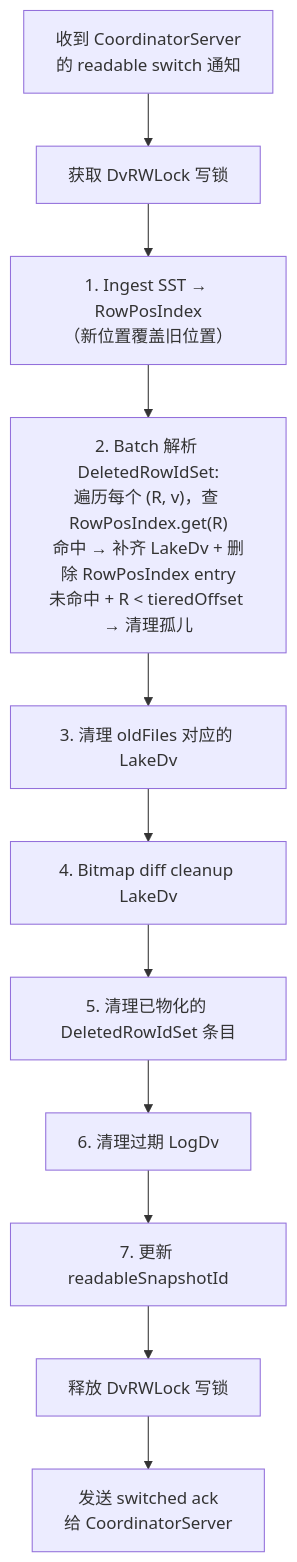
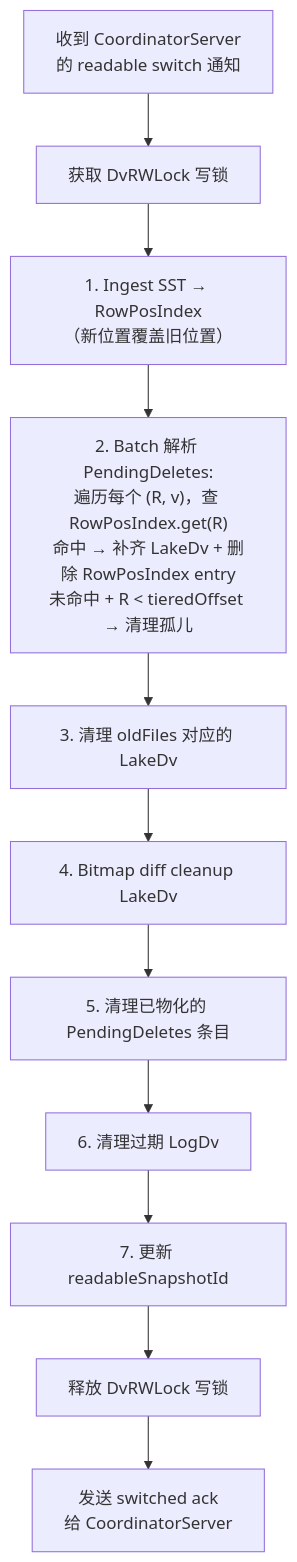
Before and after one commit to luoyuxia/fluss: diagram 17 of 28 in design-doc/fluss-deletion-vector-overview-v2.md, drawn with Mermaid. The commit also changed other lines of this file and 1 other file, not shown here.

````diff
--- a/design-doc/fluss-deletion-vector-overview-v2.md
+++ b/design-doc/fluss-deletion-vector-overview-v2.md
@@ -444,17 +442,17 @@
 ```mermaid
 flowchart TD
     Notify["收到 CoordinatorServer<br/>的 readable switch 通知"] --> Lock["获取 DvRWLock 写锁"]
 
     Lock --> Step1["1. Ingest SST → RowPosIndex<br/>（新位置覆盖旧位置）"]
 
-    Step1 --> Step2["2. Batch 解析 DeletedRowIdSet:<br/>遍历每个 (R, v)，查 RowPosIndex.get(R)<br/>命中 → 补齐 LakeDv + 删除 RowPosIndex entry<br/>未命中 + R < tieredOffset → 清理孤儿"]
+    Step1 --> Step2["2. Batch 解析 PendingDeletes:<br/>遍历每个 (R, v)，查 RowPosIndex.get(R)<br/>命中 → 补齐 LakeDv + 删除 RowPosIndex entry<br/>未命中 + R < tieredOffset → 清理孤儿"]
 
     Step2 --> Step3["3. 清理 oldFiles 对应的 LakeDv"]
     Step3 --> Step4["4. Bitmap diff cleanup LakeDv"]
-    Step4 --> Step5["5. 清理已物化的 DeletedRowIdSet 条目"]
+    Step4 --> Step5["5. 清理已物化的 PendingDeletes 条目"]
     Step5 --> Step6["6. 清理过期 LogDv"]
     Step6 --> Step7["7. 更新 readableSnapshotId"]
 
     Step7 --> Unlock["释放 DvRWLock 写锁"]
     Unlock --> Ack["发送 switched ack<br/>给 CoordinatorServer"]
 ```
````
